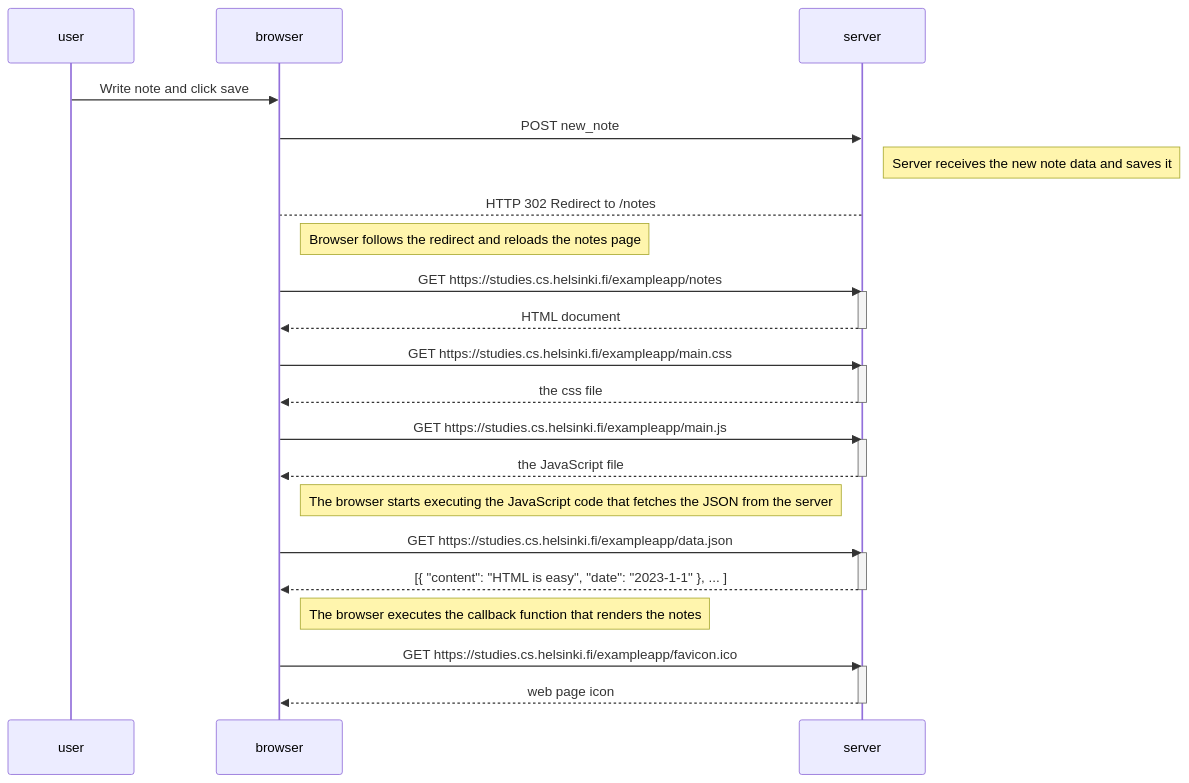
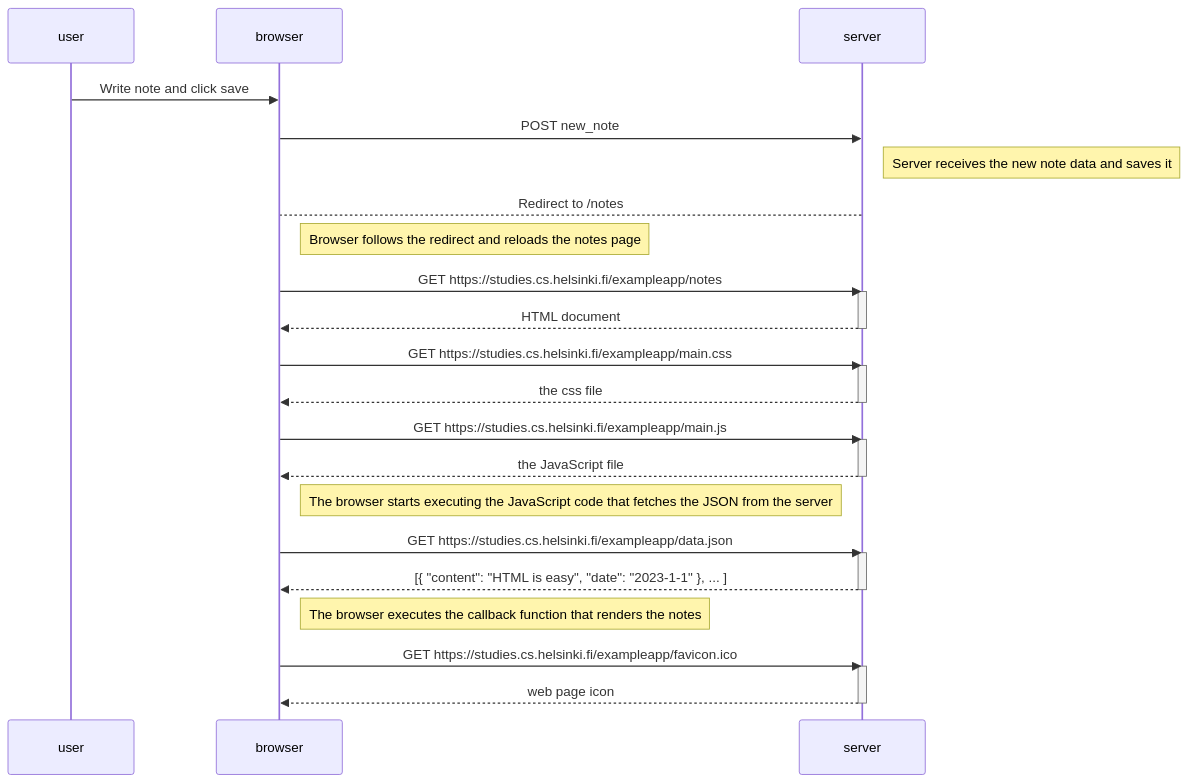
The diagram in Part0/04.md (LukaszZubek/fullstackopen-Zubek-4b), drawn with Mermaid before and after one commit.

Commit message:
Update 04.md
okej okej

````diff
--- a/Part0/04.md
+++ b/Part0/04.md
@@ -1,41 +1,41 @@
 ```mermaid
     sequenceDiagram
     participant user
     participant browser
     participant server
 
     user->>browser: Write note and click save
     browser->>server: POST new_note
     Note right of server: Server receives the new note data and saves it
-    server-->browser: HTTP 302 Redirect to /notes
+    server-->browser: Redirect to /notes
     Note right of browser: Browser follows the redirect and reloads the notes page
 
     browser->>server: GET https://studies.cs.helsinki.fi/exampleapp/notes
     activate server
     server-->>browser: HTML document
     deactivate server
 
     browser->>server: GET https://studies.cs.helsinki.fi/exampleapp/main.css
     activate server
     server-->>browser: the css file
     deactivate server
 
     browser->>server: GET https://studies.cs.helsinki.fi/exampleapp/main.js
     activate server
     server-->>browser: the JavaScript file
     deactivate server
 
     Note right of browser: The browser starts executing the JavaScript code that fetches the JSON from the server
 
     browser->>server: GET https://studies.cs.helsinki.fi/exampleapp/data.json
     activate server
     server-->>browser: [{ "content": "HTML is easy", "date": "2023-1-1" }, ... ]
     deactivate server
 
     Note right of browser: The browser executes the callback function that renders the notes
     
     browser->>server: GET https://studies.cs.helsinki.fi/exampleapp/favicon.ico
     activate server
     server-->>browser: web page icon
     deactivate server
 ```
````
